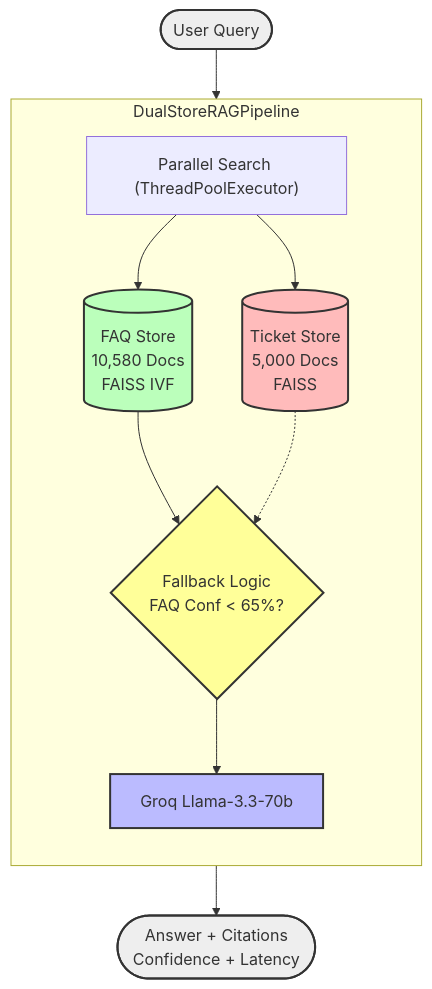
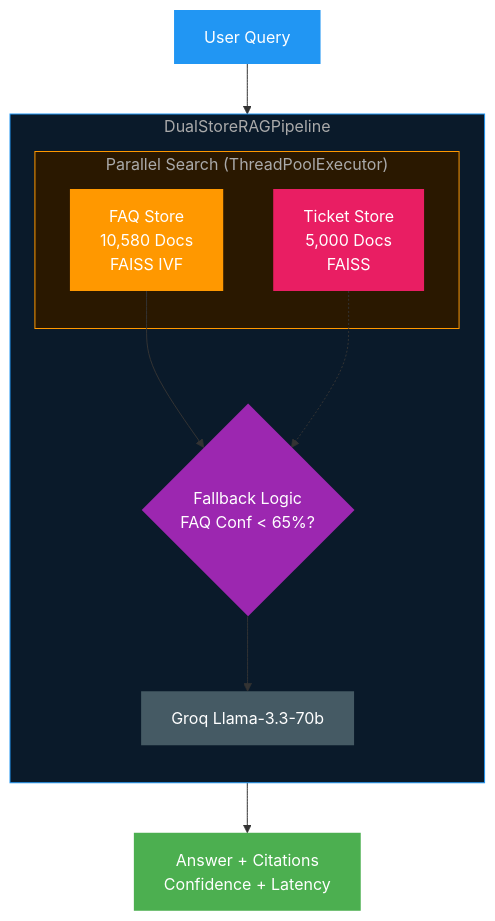
The first of 4 diagrams in README.md (Sakshamyadav15/SupportRAG), drawn with Mermaid before and after one commit. The commit also changed other lines of this file and 4 other files, not shown here.

Commit message:
Update Mermaid graphs to use rich dark-themed styles

````diff
--- a/README.md
+++ b/README.md
@@ -45,33 +45,33 @@
 ```mermaid
-flowchart TD
-    User([User Query]) --> RAG
+graph TB
+    USER["  User Query  "]
 
-    subgraph RAG ["DualStoreRAGPipeline"]
+    subgraph PIPELINE["  DualStoreRAGPipeline  "]
         direction TB
         
-        Split["Parallel Search (ThreadPoolExecutor)"]
-        FAQ[("FAQ Store\n10,580 Docs\nFAISS IVF")]
-        Ticket[("Ticket Store\n5,000 Docs\nFAISS")]
+        subgraph SEARCH["  Parallel Search (ThreadPoolExecutor)  "]
+            FAQ["FAQ Store\n10,580 Docs\nFAISS IVF"]
+            TICKET["Ticket Store\n5,000 Docs\nFAISS"]
+        end
         
-        Split --> FAQ
-        Split --> Ticket
-        
-        Fallback{"Fallback Logic\nFAQ Conf < 65%?"}
-        
-        FAQ --> Fallback
-        Ticket -.-> Fallback
-        
+        FALLBACK{"Fallback Logic\nFAQ Conf < 65%?"}
         LLM["Groq Llama-3.3-70b"]
         
-        Fallback --> LLM
+        FAQ --> FALLBACK
+        TICKET -.-> FALLBACK
+        FALLBACK --> LLM
     end
 
-    RAG --> Output([Answer + Citations\nConfidence + Latency])
+    USER --> PIPELINE
+    PIPELINE --> OUTPUT["  Answer + Citations\nConfidence + Latency  "]
 
-    style FAQ fill:#bfb,stroke:#333,stroke-width:2px
-    style Ticket fill:#fbb,stroke:#333,stroke-width:2px
-    style LLM fill:#bbf,stroke:#333,stroke-width:2px
-    style Fallback fill:#ff9,stroke:#333,stroke-width:2px
-    style User fill:#eee,stroke:#333,stroke-width:2px
-    style Output fill:#eee,stroke:#333,stroke-width:2px
+    style USER fill:#2196F3,color:#fff,stroke:none
+    style OUTPUT fill:#4CAF50,color:#fff,stroke:none
+    style FAQ fill:#FF9800,color:#fff,stroke:none
+    style TICKET fill:#E91E63,color:#fff,stroke:none
+    style FALLBACK fill:#9C27B0,color:#fff,stroke:none
+    style LLM fill:#455A64,color:#fff,stroke:none
+
+    style PIPELINE fill:#0a1a2a,stroke:#2196F3,stroke-width:1px,color:#aaa
+    style SEARCH fill:#2a1800,stroke:#FF9800,stroke-width:1px,color:#aaa
 ```
````
